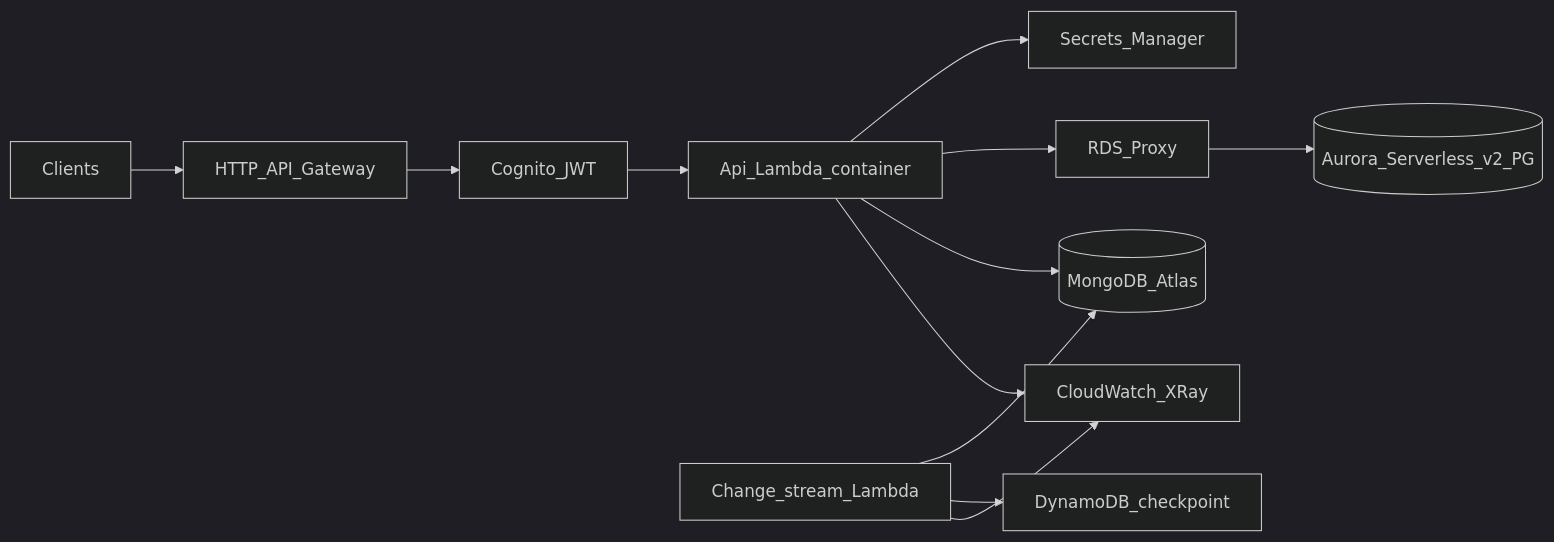
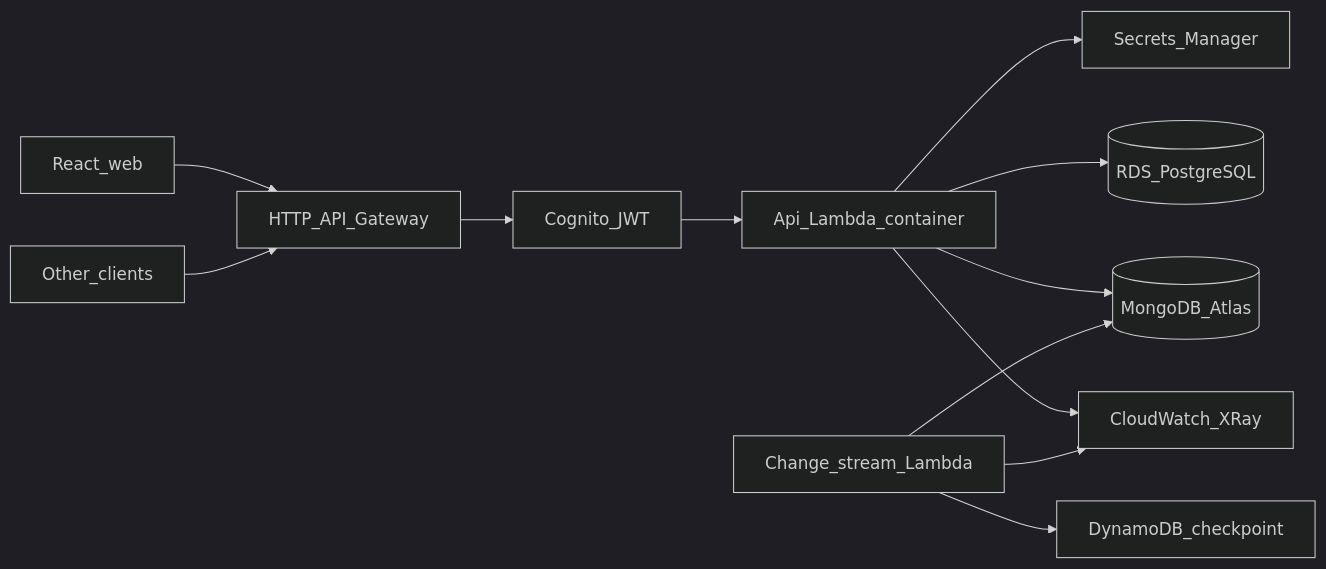
One commit to Gavinchen104/NimbusTask changed the diagram in README.md. Above: the diagram before and after it, drawn with Mermaid (dark theme). The commit also changed other lines of this file and 26 other files, not shown here.

````diff
--- a/README.md
+++ b/README.md
@@ -9,25 +11,25 @@
 ```mermaid
 flowchart LR
-  Client[Clients]
+  Web[React_web]
+  Client[Other_clients]
   APIGW[HTTP_API_Gateway]
   Cognito[Cognito_JWT]
   ApiLambda[Api_Lambda_container]
   CsLambda[Change_stream_Lambda]
   SM[Secrets_Manager]
   CW[CloudWatch_XRay]
   DDB[DynamoDB_checkpoint]
-  Aurora[(Aurora_Serverless_v2_PG)]
-  Proxy[RDS_Proxy]
+  Pg[(RDS_PostgreSQL)]
   Atlas[(MongoDB_Atlas)]
+  Web --> APIGW
   Client --> APIGW
   APIGW --> Cognito
   Cognito --> ApiLambda
   ApiLambda --> SM
-  ApiLambda --> Proxy
-  Proxy --> Aurora
+  ApiLambda --> Pg
   ApiLambda --> Atlas
   CsLambda --> Atlas
   CsLambda --> DDB
   ApiLambda --> CW
   CsLambda --> CW
 ```
````
